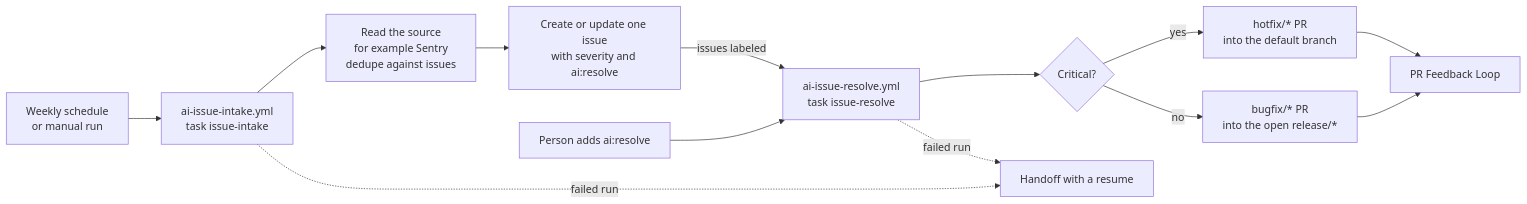
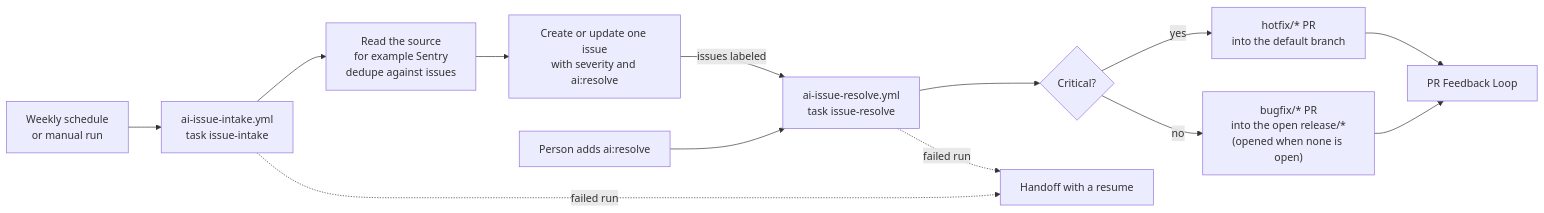
Before and after one commit to fbrissi/github-actions: the seventh of 9 diagrams in README.md, drawn with Mermaid. The commit also changed other lines of this file and 4 other files, not shown here.

First line of the commit message:
feat: open a release when a bugfix has none

````diff
--- a/README.md
+++ b/README.md
@@ -1158,15 +1160,15 @@
 ```mermaid
 flowchart LR
   cron["Weekly schedule<br/>or manual run"] --> intake["ai-issue-intake.yml<br/>task issue-intake"]
   intake --> src["Read the source<br/>for example Sentry<br/>dedupe against issues"]
   src --> gi["Create or update one issue<br/>with severity and ai:resolve"]
   gi -- "issues labeled" --> resolve["ai-issue-resolve.yml<br/>task issue-resolve"]
   person["Person adds ai:resolve"] --> resolve
   resolve --> crit{"Critical?"}
   crit -- "yes" --> hf["hotfix/* PR<br/>into the default branch"]
-  crit -- "no" --> bf["bugfix/* PR<br/>into the open release/*"]
+  crit -- "no" --> bf["bugfix/* PR<br/>into the open release/*<br/>(opened when none is open)"]
   hf --> loop["PR Feedback Loop"]
   bf --> loop
   intake -. "failed run" .-> ho["Handoff with a resume"]
   resolve -. "failed run" .-> ho
 ```
````
